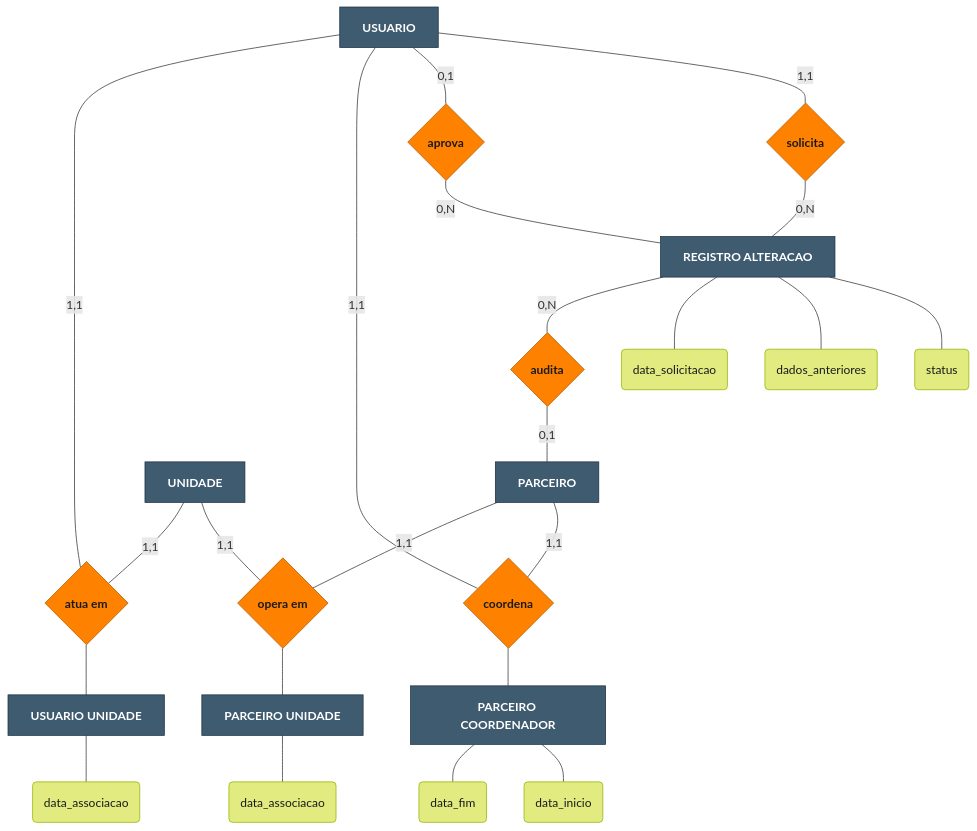
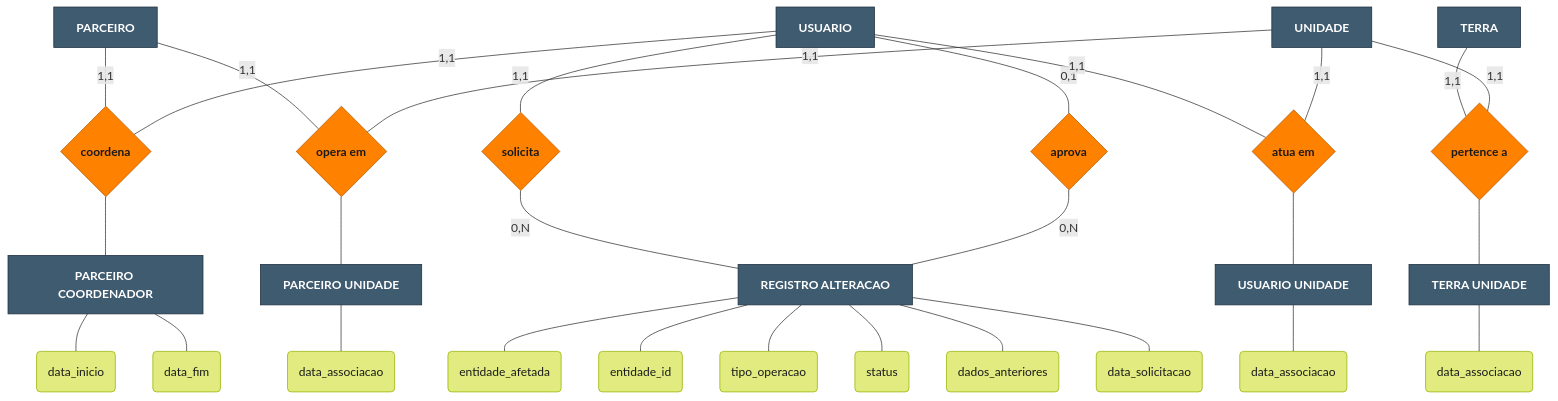
Before and after one commit to williamjrmaia/M-dulo-2---Aplica-o-Web-Atvos-: the third of 3 diagrams in documentos/wad.md, drawn with Mermaid. The commit also changed other lines of this file, not shown here.

````diff
--- a/documentos/wad.md
+++ b/documentos/wad.md
@@ -1224,52 +1239,65 @@
 ```mermaid
 flowchart TB
     classDef entity fill:#3F5B70,stroke:#1e3040,color:#fff,font-weight:bold
     classDef rel fill:#FF8100,stroke:#b35a00,color:#1a1a1a,font-weight:bold
     classDef attr fill:#E1EB80,stroke:#96B400,color:#1a1a1a
 
     PARC[PARCEIRO]:::entity
     USUA[USUARIO]:::entity
     UNID[UNIDADE]:::entity
+    TERR[TERRA]:::entity
     RA[REGISTRO ALTERACAO]:::entity
     PCOORD[PARCEIRO COORDENADOR]:::entity
     PUNID[PARCEIRO UNIDADE]:::entity
     UUNID[USUARIO UNIDADE]:::entity
+    TUNID[TERRA UNIDADE]:::entity
 
-    ra1(status):::attr
-    ra2(dados_anteriores):::attr
-    ra3(data_solicitacao):::attr
+    ra1(entidade_afetada):::attr
+    ra2(entidade_id):::attr
+    ra3(tipo_operacao):::attr
+    ra4(status):::attr
+    ra5(dados_anteriores):::attr
+    ra6(data_solicitacao):::attr
     RA --- ra1
     RA --- ra2
     RA --- ra3
+    RA --- ra4
+    RA --- ra5
+    RA --- ra6
 
     pc1(data_inicio):::attr
     pc2(data_fim):::attr
     PCOORD --- pc1
     PCOORD --- pc2
 
     pu1(data_associacao):::attr
     PUNID --- pu1
 
     uu1(data_associacao):::attr
     UUNID --- uu1
 
+    tu1(data_associacao):::attr
+    TUNID --- tu1
+
     Rsol{solicita}:::rel
     Rapr{aprova}:::rel
-    Raud{audita}:::rel
     Rcoord{coordena}:::rel
     Ropun{opera em}:::rel
     Ratun{atua em}:::rel
+    Rpert{pertence a}:::rel
 
     USUA -- "1,1" --- Rsol -- "0,N" --- RA
     USUA -- "0,1" --- Rapr -- "0,N" --- RA
-    RA -- "0,N" --- Raud -- "0,1" --- PARC
     PARC -- "1,1" --- Rcoord
     USUA -- "1,1" --- Rcoord
     Rcoord --- PCOORD
     PARC -- "1,1" --- Ropun
     UNID -- "1,1" --- Ropun
     Ropun --- PUNID
     USUA -- "1,1" --- Ratun
     UNID -- "1,1" --- Ratun
     Ratun --- UUNID
+    TERR -- "1,1" --- Rpert
+    UNID -- "1,1" --- Rpert
+    Rpert --- TUNID
 ```
````
